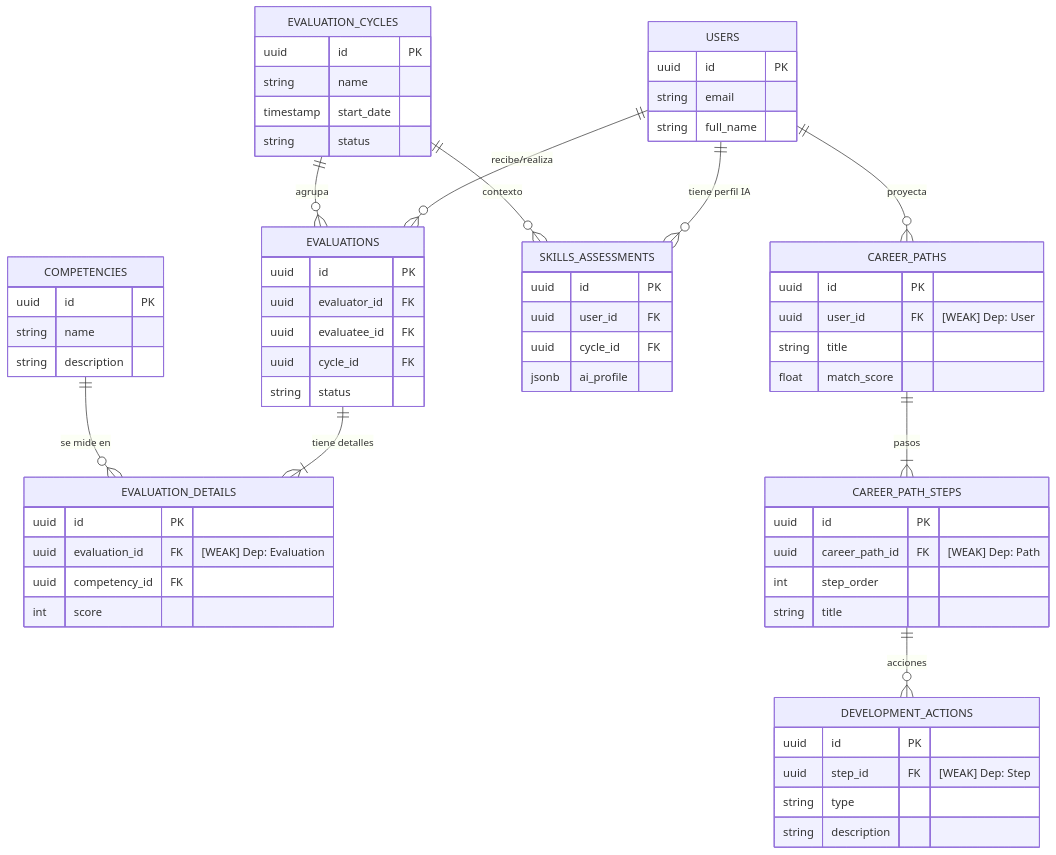
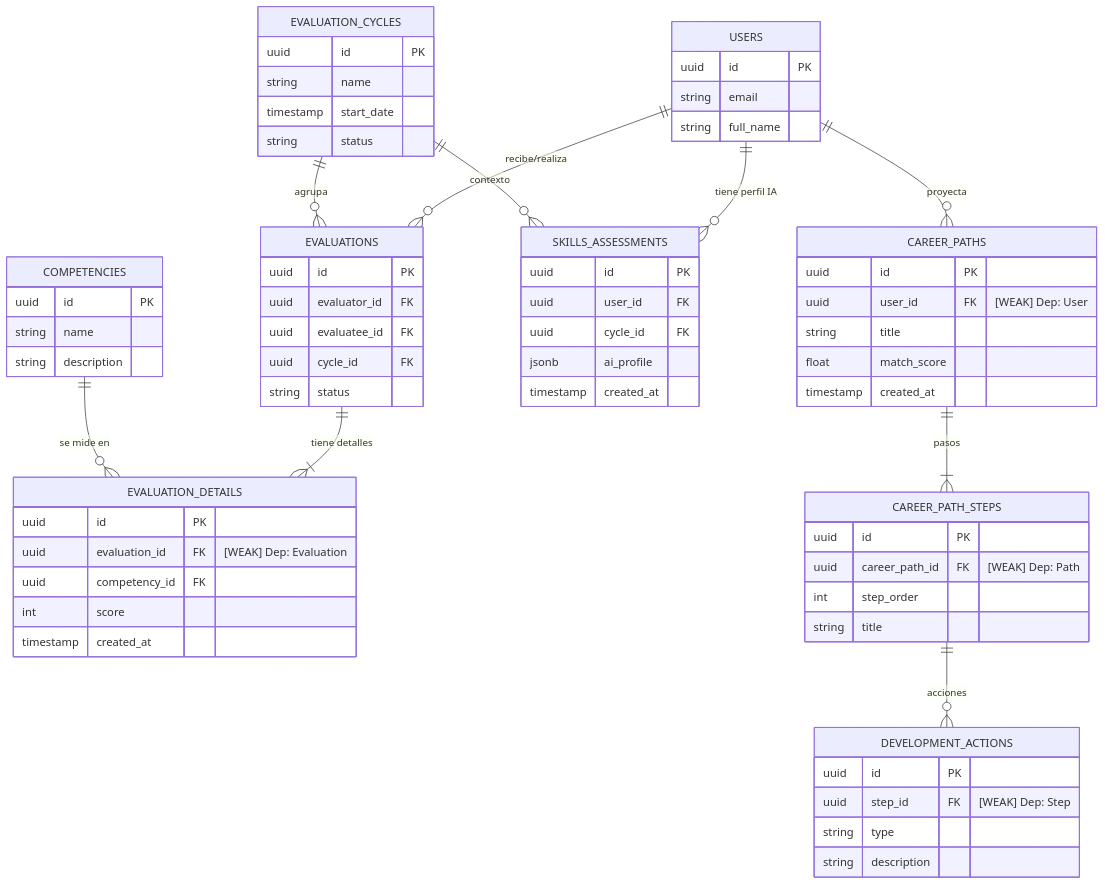
The second of 4 diagrams in ARCHITECTURE.md (PanquecaFuriosa/sendos-backend-jr-GabrielaPanqueva), drawn with Mermaid before and after one commit. The commit also changed other lines of this file, not shown here.

First line of the commit message:
Update ARCHITECTURE.md with new specifications

```diff
--- a/ARCHITECTURE.md
+++ b/ARCHITECTURE.md
@@ -556,6 +556,7 @@
         uuid evaluation_id FK "[WEAK] Dep: Evaluation"
         uuid competency_id FK
         int score
+        timestamp created_at
     }
 
     %% --- BLOQUE 3: INTELIGENCIA ARTIFICIAL ---
@@ -564,6 +565,7 @@
         uuid user_id FK
         uuid cycle_id FK
         jsonb ai_profile
+        timestamp created_at
     }
 
     %% --- BLOQUE 4: PLANES DE CARRERA (CADENA DÉBIL) ---
@@ -572,6 +574,7 @@
         uuid user_id FK "[WEAK] Dep: User"
         string title
         float match_score
+        timestamp created_at
     }
 
     CAREER_PATH_STEPS {
```
